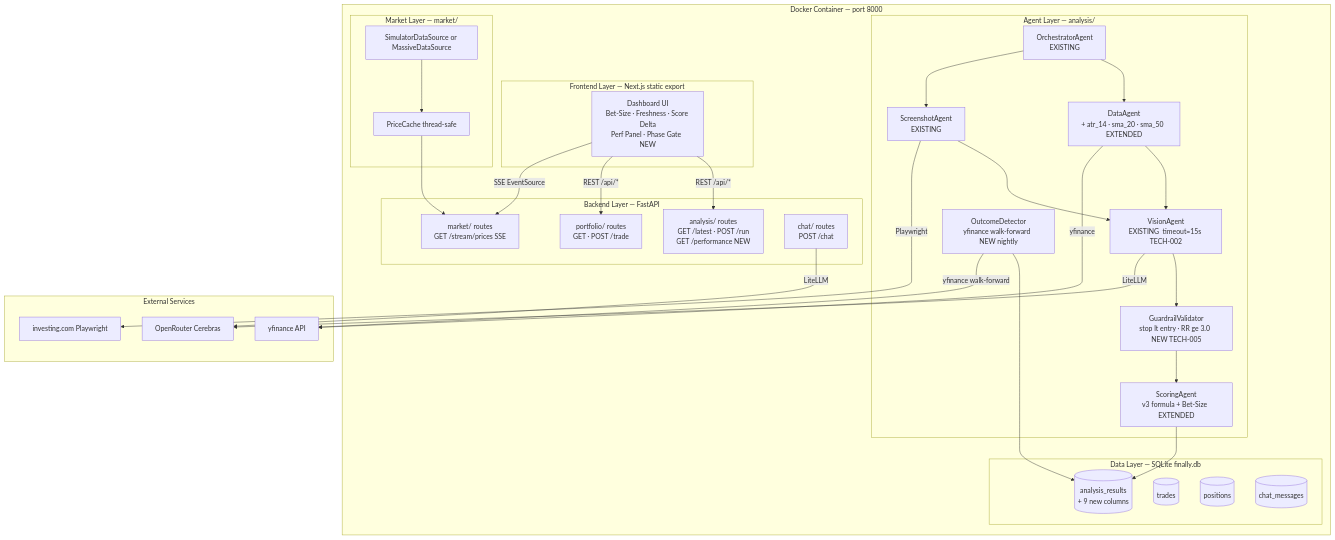
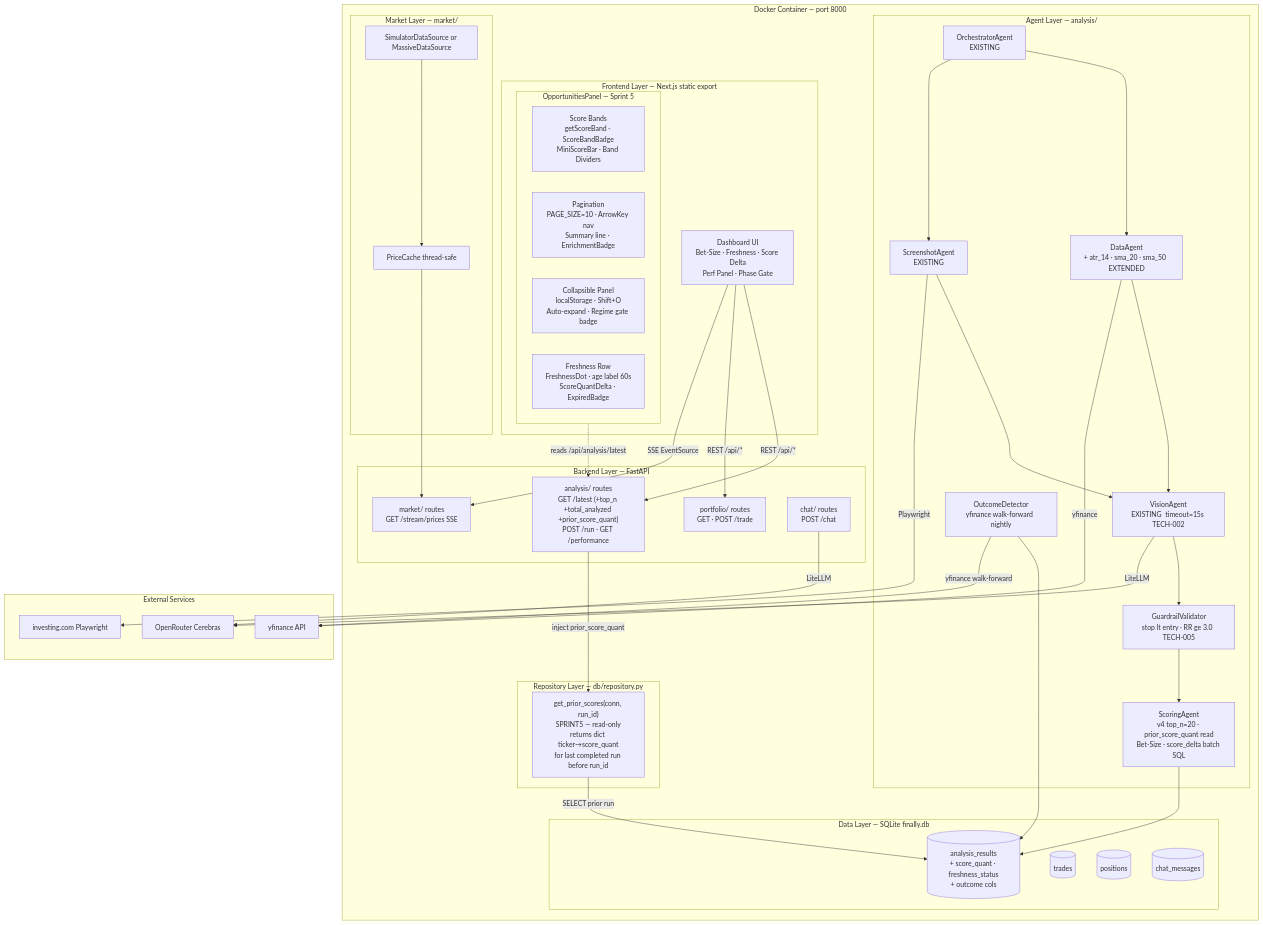
Before and after one commit to jcris21/TradeMarket-AI-Detector: the second of 7 diagrams in planning/FinAlly_Domain_Architecture_v2.md, drawn with Mermaid. The commit also changed other lines of this file and 15 other files, not shown here.

````diff
--- a/planning/FinAlly_Domain_Architecture_v2.md
+++ b/planning/FinAlly_Domain_Architecture_v2.md
@@ -136,57 +159,70 @@
 ```mermaid
 flowchart TD
   subgraph DOCKER["Docker Container — port 8000"]
     subgraph FE["Frontend Layer — Next.js static export"]
-      UI["Dashboard UI\nBet-Size · Freshness · Score Delta\nPerf Panel · Phase Gate  NEW"]
+      UI["Dashboard UI\nBet-Size · Freshness · Score Delta\nPerf Panel · Phase Gate"]
+      subgraph OPP["OpportunitiesPanel — Sprint 5"]
+        BANDS["Score Bands\ngetScoreBand · ScoreBandBadge\nMiniScoreBar · Band Dividers"]
+        PAGE["Pagination\nPAGE_SIZE=10 · ArrowKey nav\nSummary line · EnrichmentBadge"]
+        COLL["Collapsible Panel\nlocalStorage · Shift+O\nAuto-expand · Regime gate badge"]
+        FRESH["Freshness Row\nFreshnessDot · age label 60s\nScoreQuantDelta · ExpiredBadge"]
+      end
     end
 
     subgraph BE["Backend Layer — FastAPI"]
-      A1["analysis/ routes\nGET /latest · POST /run\nGET /performance  NEW"]
+      A1["analysis/ routes\nGET /latest (+top_n +total_analyzed +prior_score_quant)\nPOST /run · GET /performance"]
       A2["portfolio/ routes\nGET · POST /trade"]
       A3["market/ routes\nGET /stream/prices SSE"]
       A4["chat/ routes\nPOST /chat"]
     end
 
     subgraph AGENTS["Agent Layer — analysis/"]
       ORCH["OrchestratorAgent\nEXISTING"]
       DA["DataAgent\n+ atr_14 · sma_20 · sma_50  EXTENDED"]
       SA["ScreenshotAgent\nEXISTING"]
       VA["VisionAgent\nEXISTING  timeout=15s TECH-002"]
-      GV["GuardrailValidator\nstop lt entry · RR ge 3.0  NEW TECH-005"]
-      SC["ScoringAgent\nv3 formula + Bet-Size  EXTENDED"]
-      OD["OutcomeDetector\nyfinance walk-forward  NEW nightly"]
+      GV["GuardrailValidator\nstop lt entry · RR ge 3.0  TECH-005"]
+      SC["ScoringAgent\nv4 top_n=20 · prior_score_quant read\nBet-Size · score_delta batch SQL"]
+      OD["OutcomeDetector\nyfinance walk-forward  nightly"]
+    end
+
+    subgraph REPO["Repository Layer — db/repository.py"]
+      GPS["get_prior_scores(conn, run_id)\nSPRINT5 — read-only\nreturns dict ticker→score_quant\nfor last completed run before run_id"]
     end
 
     subgraph MKT["Market Layer — market/"]
       SIM["SimulatorDataSource or MassiveDataSource"]
       PC["PriceCache  thread-safe"]
       SIM --> PC
     end
 
     subgraph DB["Data Layer — SQLite finally.db"]
-      AR[("analysis_results\n+ 9 new columns")]
+      AR[("analysis_results\n+ score_quant · freshness_status\n+ outcome cols")]
       TR[("trades")]
       POS[("positions")]
       CM[("chat_messages")]
     end
   end
 
   subgraph EXT["External Services"]
     YF["yfinance API"]
     INV["investing.com  Playwright"]
     LLM["OpenRouter Cerebras"]
   end
 
   UI -->|"REST /api/*"| A1 & A2
   UI -->|"SSE EventSource"| A3
+  A1 -->|"inject prior_score_quant"| GPS
+  GPS -->|"SELECT prior run"| AR
   ORCH --> DA & SA
   DA & SA --> VA
   VA --> GV --> SC
   SC --> AR
   OD --> AR
   PC --> A3
   DA -->|"yfinance"| YF
   SA -->|"Playwright"| INV
   VA & A4 -->|"LiteLLM"| LLM
   OD -->|"yfinance walk-forward"| YF
+  OPP -.->|"reads /api/analysis/latest"| A1
 ```
````
